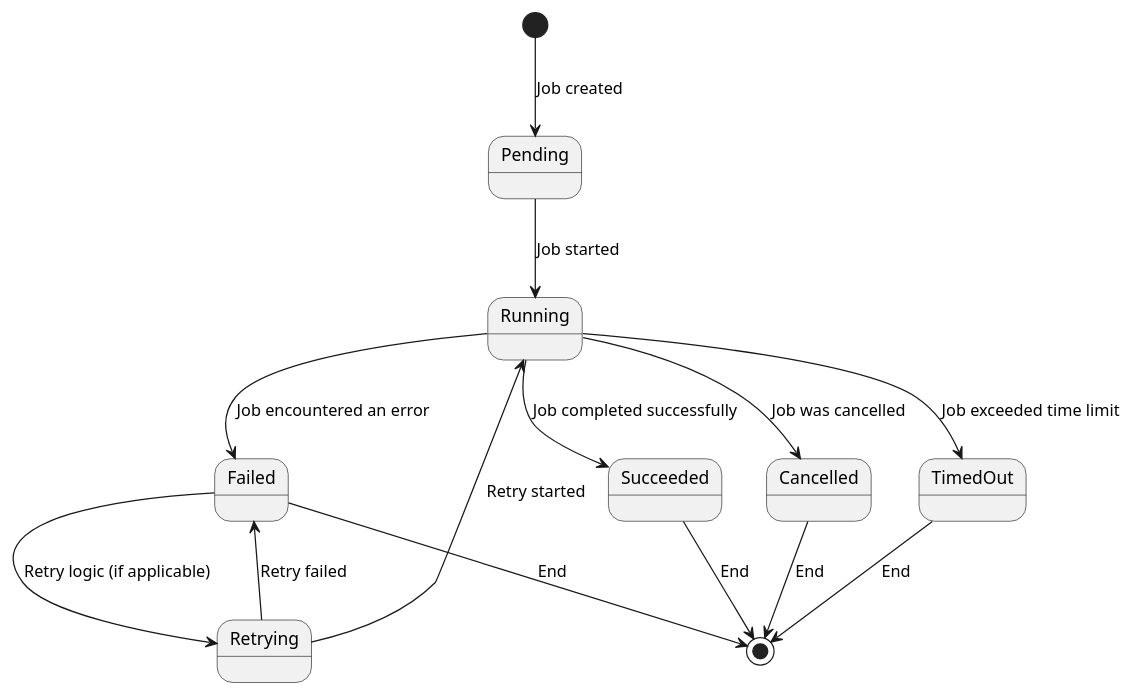
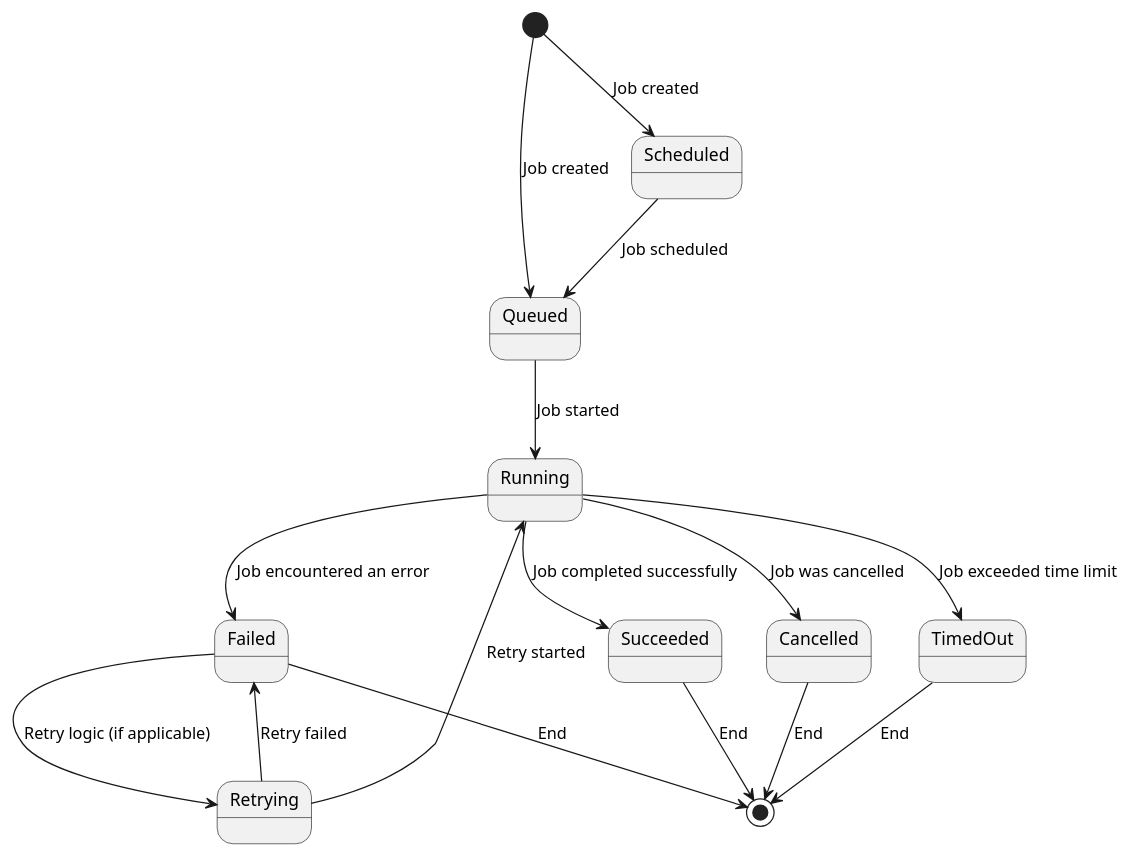
Before and after one commit to cybergarage/go-job: the diagram in doc/img/job_state.pu, drawn with PlantUML. The commit also changed 1 other file, not shown here.

```diff
--- a/doc/img/job_state.pu
+++ b/doc/img/job_state.pu
@@ -1,18 +1,20 @@
 @startuml
-[*] --> Pending : Job created
+[*] --> Queued : Job created
+[*] --> Scheduled : Job created
 
-Pending --> Running : Job started
+Scheduled --> Queued : Job scheduled
+Queued --> Running : Job started
 Running --> Succeeded : Job completed successfully
 Running --> Failed : Job encountered an error
 Running --> Cancelled : Job was cancelled
 Running --> TimedOut : Job exceeded time limit
 
 Failed --> Retrying : Retry logic (if applicable)
 Retrying --> Running : Retry started
 Retrying --> Failed : Retry failed
 
 Cancelled --> [*] : End
 Succeeded --> [*] : End
 TimedOut --> [*] : End
 Failed --> [*] : End
 @enduml
```
